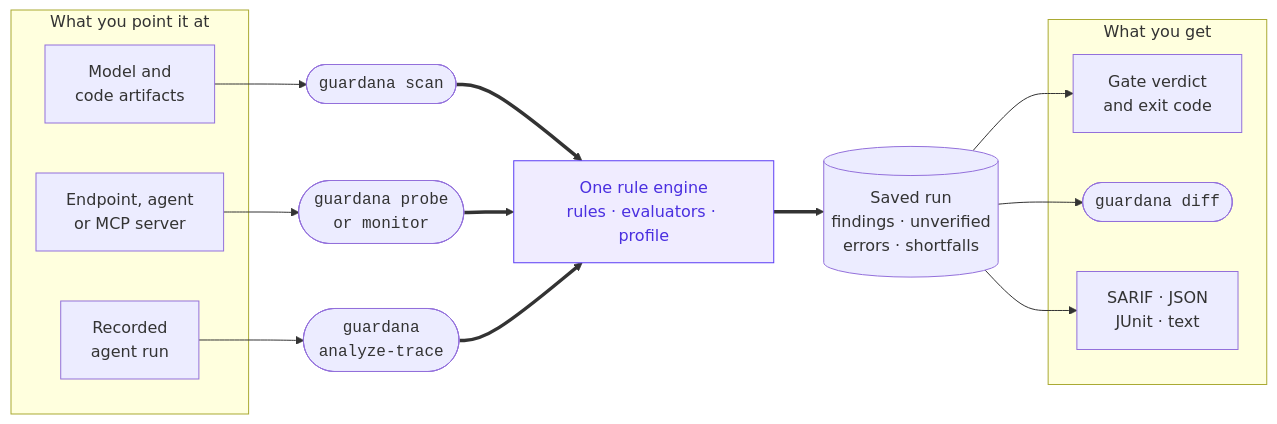
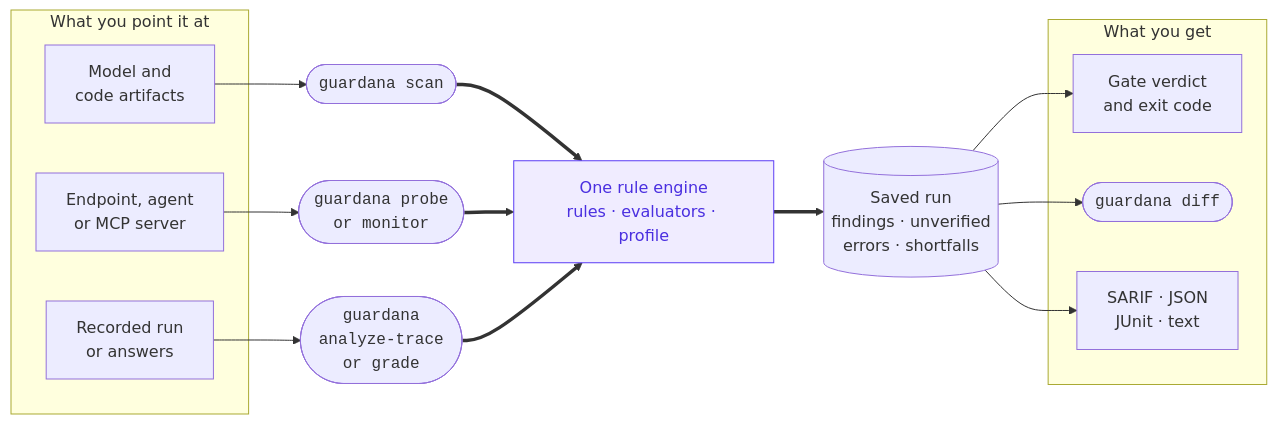
One commit to HarshRajSinghania/guardana changed the diagram in docs/how-it-works.md. Above: the diagram before and after it, drawn with Mermaid. The commit also changed other lines of this file and 310 other files, not shown here.

````diff
--- a/docs/how-it-works.md
+++ b/docs/how-it-works.md
@@ -22,27 +22,27 @@
 ```mermaid
 flowchart LR
   accTitle: How Guardana checks an AI system
-  accDescr: Model and code artifacts go to guardana scan, a live endpoint, agent or MCP server to guardana probe or monitor, and a recorded agent run to guardana analyze-trace. All three run one rule engine, which writes a saved run with findings, unverified checks, errors and coverage shortfalls. The run gates the build, feeds guardana diff, and renders as SARIF, JSON, JUnit or text.
+  accDescr: Model and code artifacts go to guardana scan, a live endpoint, agent or MCP server to guardana probe or monitor, and a recorded agent run or the answers your application already gave to guardana analyze-trace or guardana grade. All of them run one rule engine, which writes a saved run with findings, unverified checks, errors and coverage shortfalls. The run gates the build, feeds guardana diff, and renders as SARIF, JSON, JUnit or text.
   classDef accent fill:#F0ECFF,stroke:#5B3DF5,color:#4A2FE0
   classDef cmd font-family:monospace
   subgraph IN [What you point it at]
     A[Model and<br>code artifacts]
     B[Endpoint, agent<br>or MCP server]
-    C[Recorded<br>agent run]
+    C[Recorded run<br>or answers]
   end
   A --> S([guardana scan]):::cmd
   B --> P([guardana probe<br>or monitor]):::cmd
-  C --> T([guardana<br>analyze-trace]):::cmd
+  C --> T([guardana<br>analyze-trace<br>or grade]):::cmd
   S ==> E[One rule engine<br>rules · evaluators · profile]:::accent
   P ==> E
   T ==> E
   E ==> R[(Saved run<br>findings · unverified<br>errors · shortfalls)]
   subgraph OUT [What you get]
     G[Gate verdict<br>and exit code]
     D([guardana diff]):::cmd
     F[SARIF · JSON<br>JUnit · text]
   end
   R --> G
   R --> D
   R --> F
 ```
````
